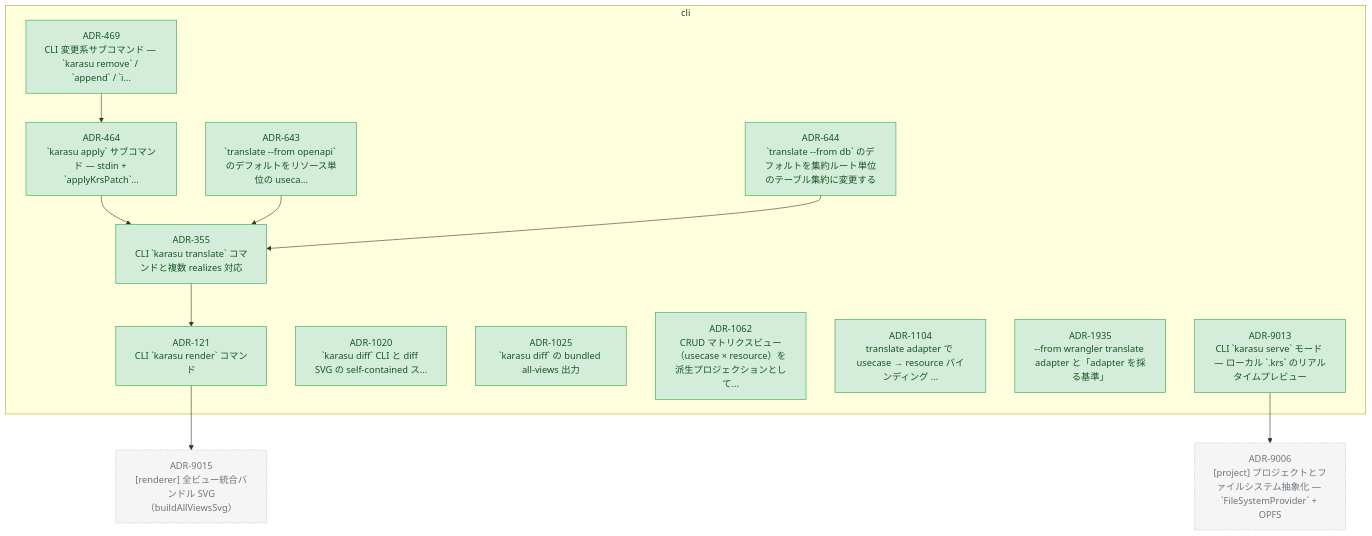
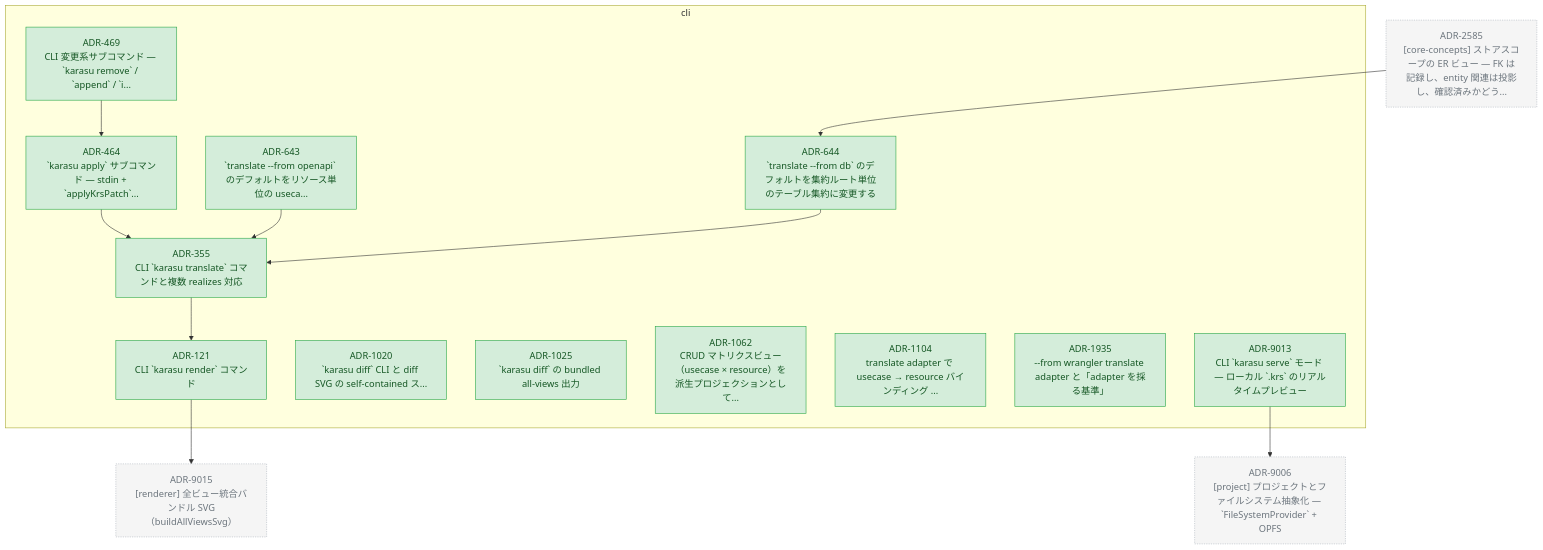
Before and after one commit to kompiro/karasu: the diagram in docs/adr/graph/cli.md, drawn with Mermaid. The commit also changed 7 other files, not shown here.

First line of the commit message:
docs(adr): promote the store-scoped ER view design to ADR-2585

````diff
--- a/docs/adr/graph/cli.md
+++ b/docs/adr/graph/cli.md
@@ -6,47 +6,50 @@
 ```mermaid
 flowchart TD
   subgraph cli["cli"]
     ADR_121["ADR-121<br/>CLI `karasu render` コマンド"]
     ADR_355["ADR-355<br/>CLI `karasu translate` コマンドと複数 realizes 対応"]
     ADR_464["ADR-464<br/>`karasu apply` サブコマンド — stdin + `applyKrsPatch`..."]
     ADR_469["ADR-469<br/>CLI 変更系サブコマンド — `karasu remove` / `append` / `i..."]
     ADR_643["ADR-643<br/>`translate --from openapi` のデフォルトをリソース単位の useca..."]
     ADR_644["ADR-644<br/>`translate --from db` のデフォルトを集約ルート単位のテーブル集約に変更する"]
     ADR_1020["ADR-1020<br/>`karasu diff` CLI と diff SVG の self-contained ス..."]
     ADR_1025["ADR-1025<br/>`karasu diff` の bundled all-views 出力"]
     ADR_1062["ADR-1062<br/>CRUD マトリクスビュー（usecase × resource）を派生プロジェクションとして..."]
     ADR_1104["ADR-1104<br/>translate adapter で usecase → resource バインディング ..."]
     ADR_1935["ADR-1935<br/>--from wrangler translate adapter と「adapter を採る基準」"]
     ADR_9013["ADR-9013<br/>CLI `karasu serve` モード — ローカル `.krs` のリアルタイムプレビュー"]
   end
+  ADR_2585["ADR-2585<br/>[core-concepts] ストアスコープの ER ビュー — FK は記録し、entity 関連は投影し、確認済みかどう..."]
   ADR_9006["ADR-9006<br/>[project] プロジェクトとファイルシステム抽象化 — `FileSystemProvider` + OPFS"]
   ADR_9015["ADR-9015<br/>[renderer] 全ビュー統合バンドル SVG（buildAllViewsSvg）"]
   ADR_121 --> ADR_9015
   ADR_355 --> ADR_121
   ADR_464 --> ADR_355
   ADR_469 --> ADR_464
   ADR_643 --> ADR_355
   ADR_644 --> ADR_355
   ADR_9013 --> ADR_9006
+  ADR_2585 --> ADR_644
 
   classDef accepted fill:#d4edda,stroke:#28a745,color:#155724
   classDef proposed fill:#fff3cd,stroke:#ffc107,color:#856404
   classDef deprecated fill:#f8d7da,stroke:#dc3545,color:#721c24
   classDef superseded fill:#e2e3e5,stroke:#6c757d,color:#383d41
   classDef not_adopted fill:#e2e3e5,stroke:#6c757d,color:#383d41,stroke-dasharray:3 3
   classDef ghost fill:#f5f5f5,stroke:#adb5bd,color:#6c757d,stroke-dasharray:2 2
   class ADR_121 accepted
   class ADR_355 accepted
   class ADR_464 accepted
   class ADR_469 accepted
   class ADR_643 accepted
   class ADR_644 accepted
   class ADR_1020 accepted
   class ADR_1025 accepted
   class ADR_1062 accepted
   class ADR_1104 accepted
   class ADR_1935 accepted
   class ADR_9013 accepted
+  class ADR_2585 ghost
   class ADR_9006 ghost
   class ADR_9015 ghost
 ```
````
